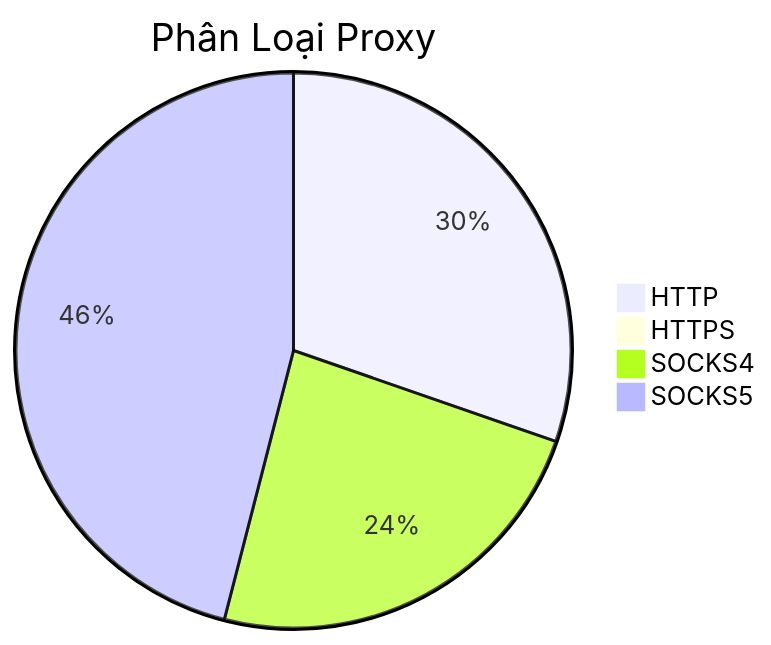
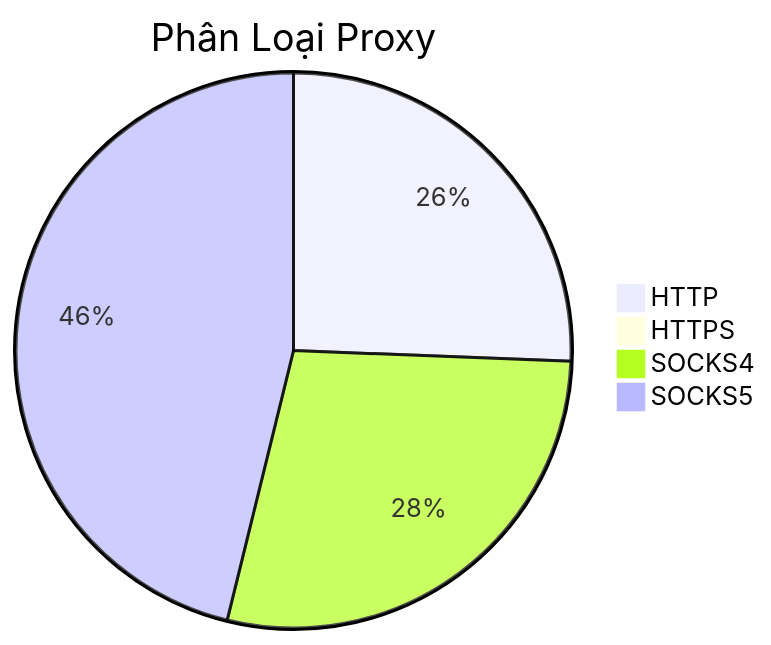
The diagram in README.md (Ciara-Aa/PROXY-free), drawn with Mermaid before and after one commit. The commit also changed other lines of this file and 4 other files, not shown here.

````diff
--- a/README.md
+++ b/README.md
@@ -26,7 +26,7 @@
 ```mermaid
 pie title Phân Loại Proxy
-    "HTTP" : 261
-    "HTTPS" : 0
-    "SOCKS4" : 204
-    "SOCKS5" : 396
+    "HTTP" : 217
+    "HTTPS" : 1
+    "SOCKS4" : 239
+    "SOCKS5" : 391
 ```
````
